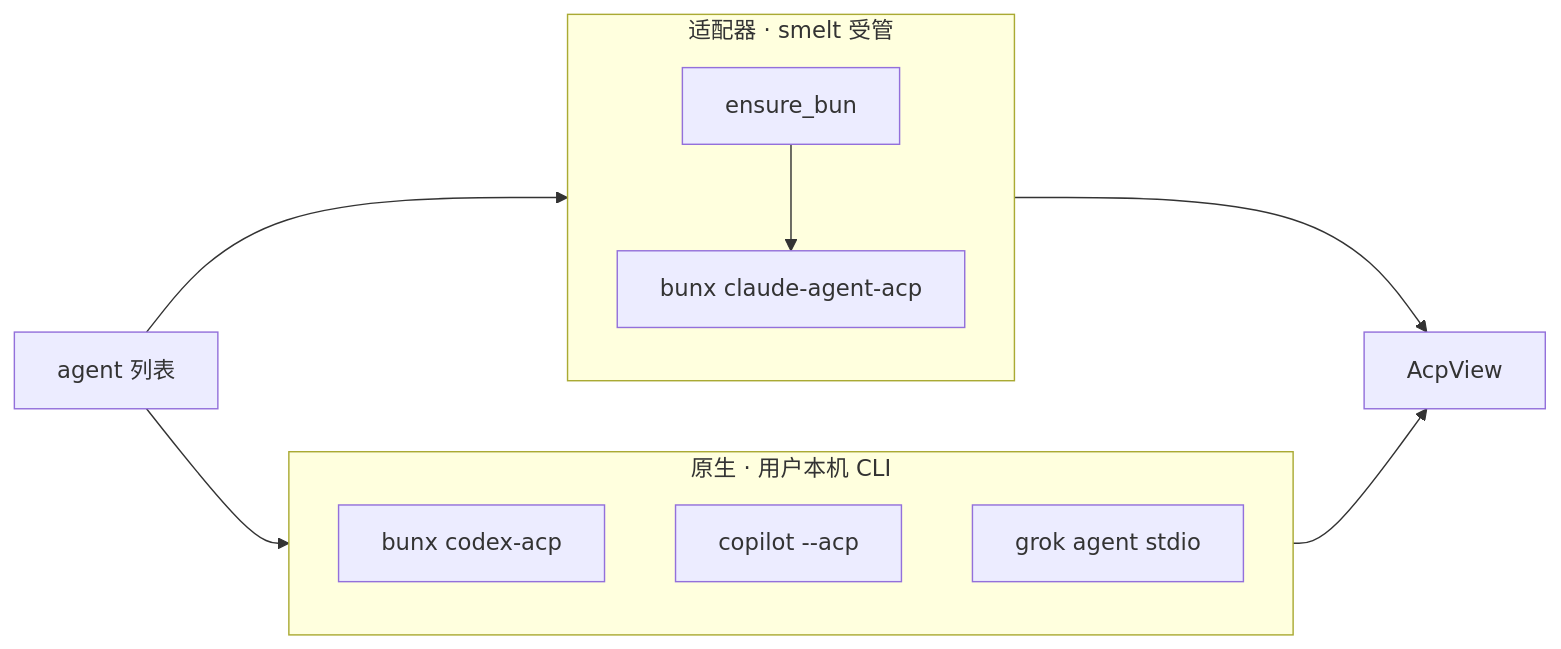
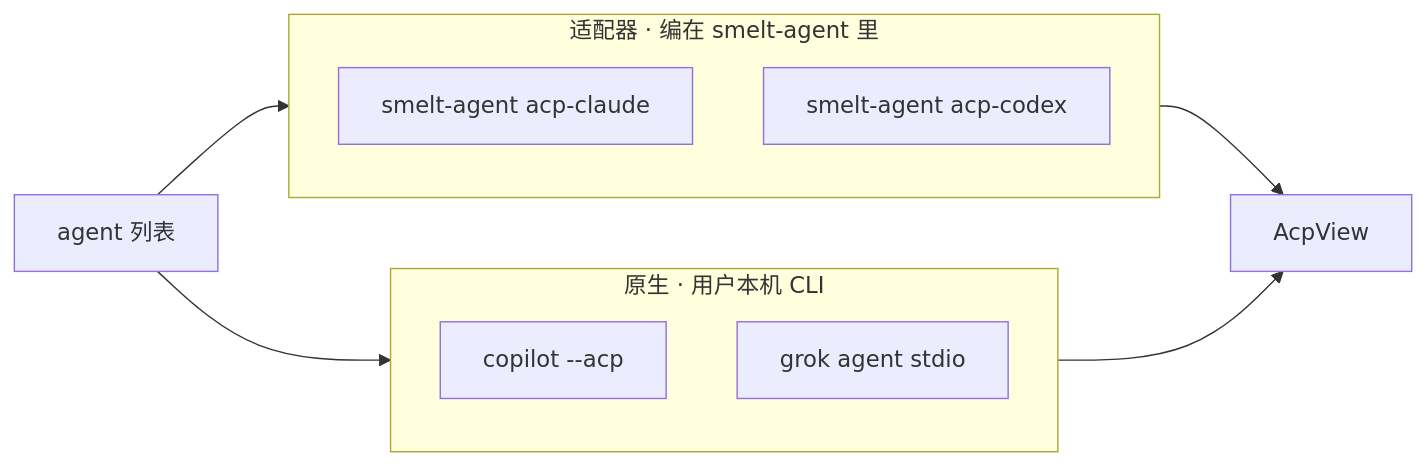
Before and after one commit to smelt-ai/smelt: the second of 7 diagrams in docs/product-roadmap.md, drawn with Mermaid. The commit also changed other lines of this file and 85 other files, not shown here.

First line of the commit message:
chore(deps): 依赖升级（gpui-kit 0.9+、ACP 5.0、Pi 1.5、两个 ACP 适配器），不再单独下载 Bun (#265)

````diff
--- a/docs/product-roadmap.md
+++ b/docs/product-roadmap.md
@@ -89,17 +85,15 @@
 ```mermaid
 flowchart LR
-  subgraph managed["适配器 · smelt 受管"]
-    Bun["ensure_bun"]
-    CL["bunx claude-agent-acp"]
-    Bun --> CL
+  subgraph managed["适配器 · 编在 smelt-agent 里"]
+    CL["smelt-agent acp-claude"]
+    CD["smelt-agent acp-codex"]
   end
   subgraph native["原生 · 用户本机 CLI"]
-    CD["bunx codex-acp"]
     CP["copilot --acp"]
     GK["grok agent stdio"]
   end
   List["agent 列表"] --> managed
   List --> native
   managed --> V["AcpView"]
   native --> V
 ```
````
